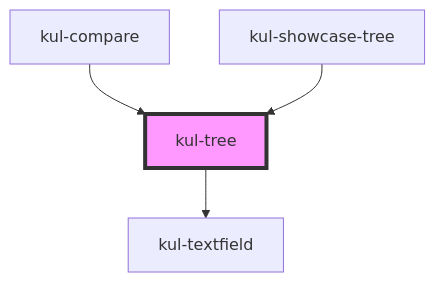
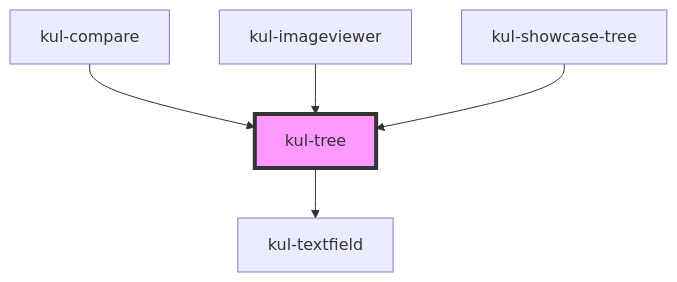
The diagram in packages/ketchup-lite/src/components/kul-tree/readme.md (lucafoscili/ketchup-lite), drawn with Mermaid before and after one commit. The commit also changed other lines of this file and 29 other files, not shown here.

````diff
--- a/packages/ketchup-lite/src/components/kul-tree/readme.md
+++ b/packages/ketchup-lite/src/components/kul-tree/readme.md
@@ -115,7 +116,8 @@
 ```mermaid
 graph TD;
   kul-tree --> kul-textfield
   kul-compare --> kul-tree
+  kul-imageviewer --> kul-tree
   kul-showcase-tree --> kul-tree
   style kul-tree fill:#f9f,stroke:#333,stroke-width:4px
 ```
````
